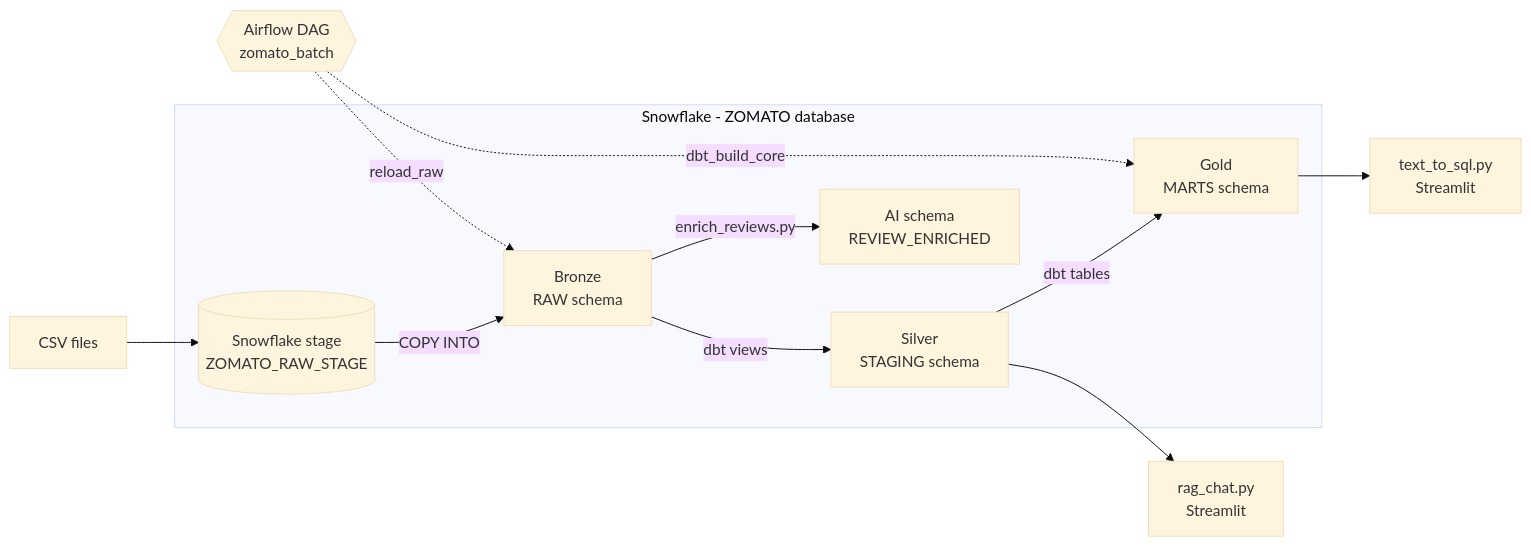
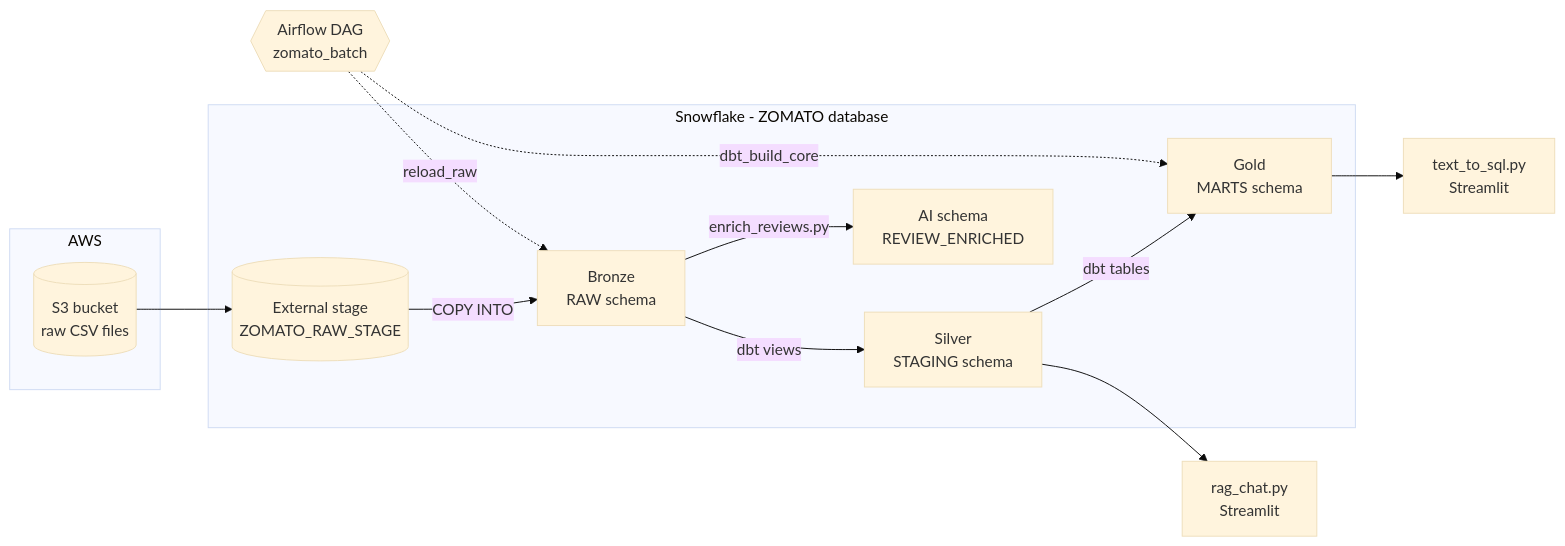
One commit to Samyak-Vishrani/Food_Delivery_Data_Engineering changed the diagram in README.md. Above: the diagram before and after it, drawn with Mermaid (base theme). The commit also changed other lines of this file and 1 other file, not shown here.

````diff
--- a/README.md
+++ b/README.md
@@ -19,17 +20,21 @@
 ```mermaid
 flowchart LR
-    CSV[CSV files] --> STAGE[(Snowflake stage<br/>ZOMATO_RAW_STAGE)]
+    subgraph AWS["AWS"]
+        S3[(S3 bucket<br/>raw CSV files)]
+    end
+
+    S3 --> STAGE[(External stage<br/>ZOMATO_RAW_STAGE)]
 
     subgraph SF["Snowflake - ZOMATO database"]
         STAGE -- COPY INTO --> RAW[Bronze<br/>RAW schema]
         RAW -- dbt views --> STG[Silver<br/>STAGING schema]
         STG -- dbt tables --> MARTS[Gold<br/>MARTS schema]
         RAW -- enrich_reviews.py --> AI[AI schema<br/>REVIEW_ENRICHED]
     end
 
     AF{{Airflow DAG<br/>zomato_batch}} -. reload_raw .-> RAW
     AF -. dbt_build_core .-> MARTS
 
     MARTS --> T2S[text_to_sql.py<br/>Streamlit]
     STG --> RAG[rag_chat.py<br/>Streamlit]
 ```
````
